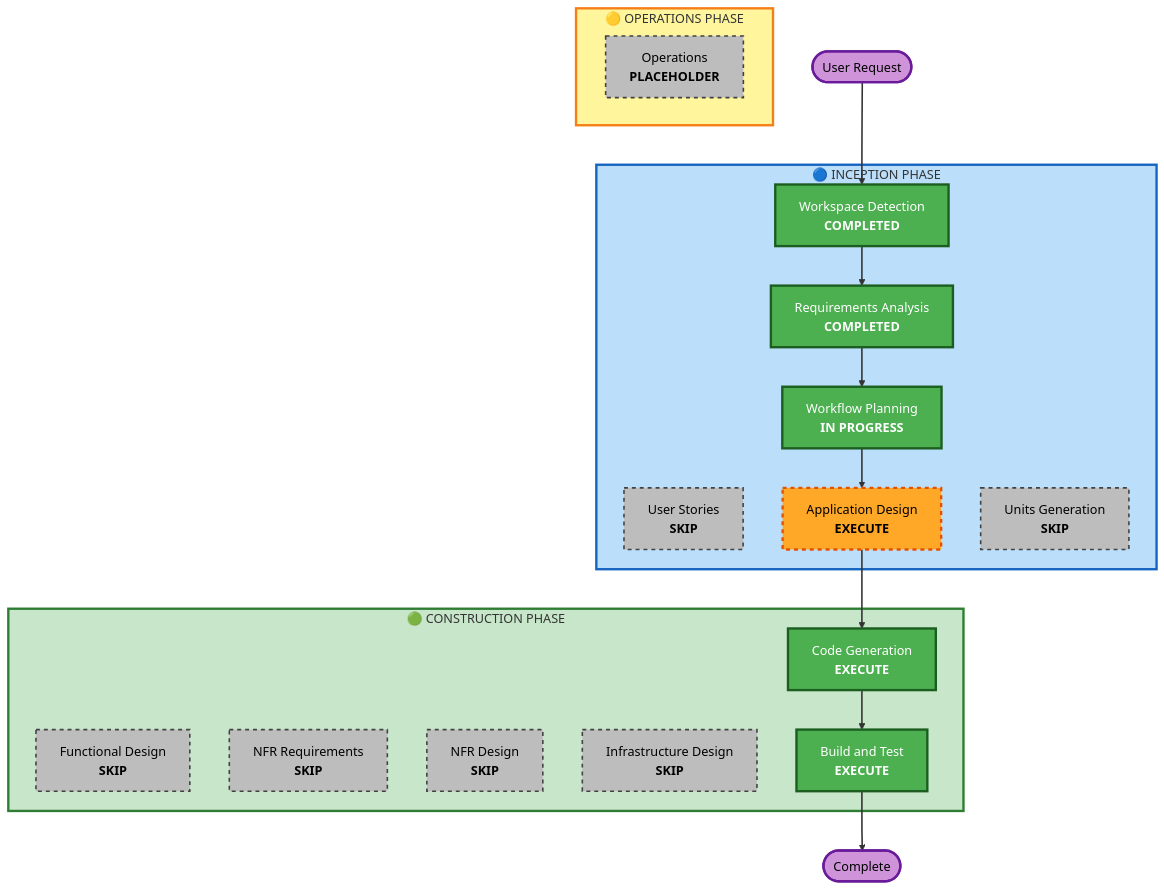
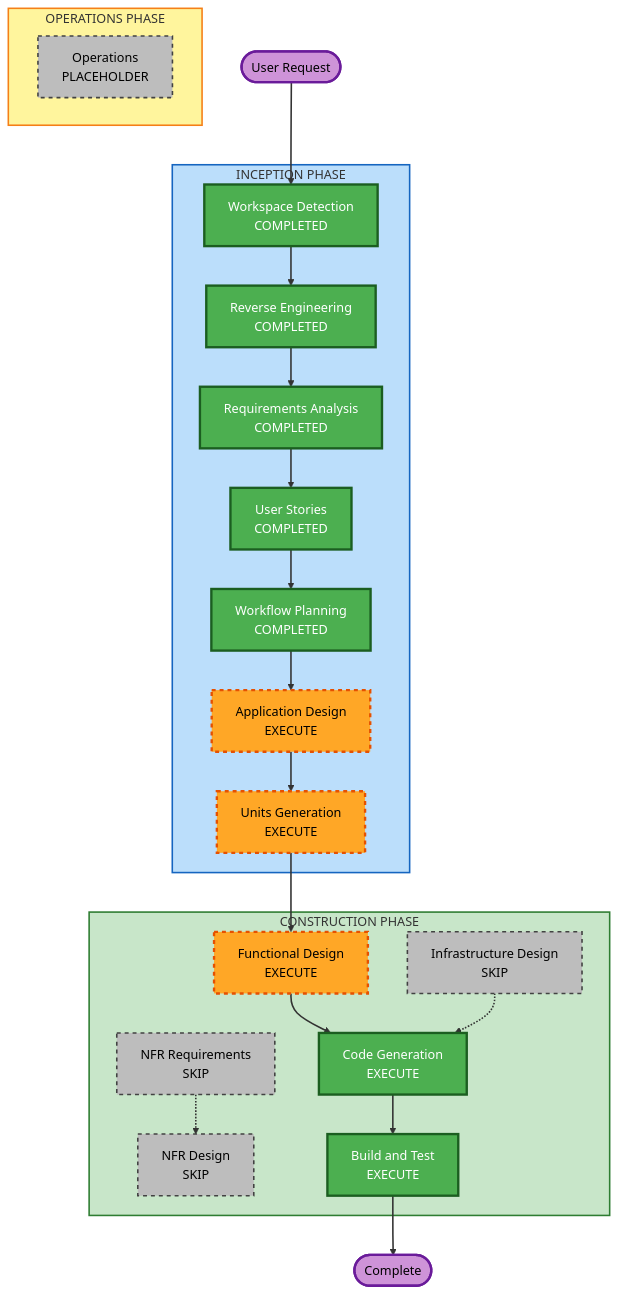
One commit to Janeeffect/aidlc-demo-showcase changed the diagram in aidlc-docs/inception/plans/execution-plan.md. Above: the diagram before and after it, drawn with Mermaid. The commit also changed other lines of this file and 173 other files, not shown here.

````diff
--- a/aidlc-docs/inception/plans/execution-plan.md
+++ b/aidlc-docs/inception/plans/execution-plan.md
@@ -22,55 +47,56 @@
 ```mermaid
 flowchart TD
     Start(["User Request"])
     
-    subgraph INCEPTION["🔵 INCEPTION PHASE"]
-        WD["Workspace Detection<br/><b>COMPLETED</b>"]
-        RA["Requirements Analysis<br/><b>COMPLETED</b>"]
-        US["User Stories<br/><b>SKIP</b>"]
-        WP["Workflow Planning<br/><b>IN PROGRESS</b>"]
-        AD["Application Design<br/><b>EXECUTE</b>"]
-        UG["Units Generation<br/><b>SKIP</b>"]
+    subgraph INCEPTION["INCEPTION PHASE"]
+        WD["Workspace Detection<br/>COMPLETED"]
+        RE["Reverse Engineering<br/>COMPLETED"]
+        RA["Requirements Analysis<br/>COMPLETED"]
+        US["User Stories<br/>COMPLETED"]
+        WP["Workflow Planning<br/>COMPLETED"]
+        AD["Application Design<br/>EXECUTE"]
+        UG["Units Generation<br/>EXECUTE"]
     end
     
-    subgraph CONSTRUCTION["🟢 CONSTRUCTION PHASE"]
-        FD["Functional Design<br/><b>SKIP</b>"]
-        NFRA["NFR Requirements<br/><b>SKIP</b>"]
-        NFRD["NFR Design<br/><b>SKIP</b>"]
-        ID["Infrastructure Design<br/><b>SKIP</b>"]
-        CG["Code Generation<br/><b>EXECUTE</b>"]
-        BT["Build and Test<br/><b>EXECUTE</b>"]
+    subgraph CONSTRUCTION["CONSTRUCTION PHASE"]
+        FD["Functional Design<br/>EXECUTE"]
+        NFRA["NFR Requirements<br/>SKIP"]
+        NFRD["NFR Design<br/>SKIP"]
+        ID["Infrastructure Design<br/>SKIP"]
+        CG["Code Generation<br/>EXECUTE"]
+        BT["Build and Test<br/>EXECUTE"]
     end
     
-    subgraph OPERATIONS["🟡 OPERATIONS PHASE"]
-        OPS["Operations<br/><b>PLACEHOLDER</b>"]
+    subgraph OPERATIONS["OPERATIONS PHASE"]
+        OPS["Operations<br/>PLACEHOLDER"]
     end
     
-    Start --> WD
-    WD --> RA
-    RA --> WP
-    WP --> AD
-    AD --> CG
-    CG --> BT
+    Start --> WD --> RE --> RA --> US --> WP --> AD --> UG
+    UG --> FD --> CG --> BT
     BT --> End(["Complete"])
     
+    NFRA -.-> NFRD
+    ID -.-> CG
+
     style WD fill:#4CAF50,stroke:#1B5E20,stroke-width:3px,color:#fff
+    style RE fill:#4CAF50,stroke:#1B5E20,stroke-width:3px,color:#fff
     style RA fill:#4CAF50,stroke:#1B5E20,stroke-width:3px,color:#fff
+    style US fill:#4CAF50,stroke:#1B5E20,stroke-width:3px,color:#fff
     style WP fill:#4CAF50,stroke:#1B5E20,stroke-width:3px,color:#fff
     style AD fill:#FFA726,stroke:#E65100,stroke-width:3px,stroke-dasharray: 5 5,color:#000
-    style CG fill:#4CAF50,stroke:#1B5E20,stroke-width:3px,color:#fff
-    style BT fill:#4CAF50,stroke:#1B5E20,stroke-width:3px,color:#fff
-    style US fill:#BDBDBD,stroke:#424242,stroke-width:2px,stroke-dasharray: 5 5,color:#000
-    style UG fill:#BDBDBD,stroke:#424242,stroke-width:2px,stroke-dasharray: 5 5,color:#000
-    style FD fill:#BDBDBD,stroke:#424242,stroke-width:2px,stroke-dasharray: 5 5,color:#000
+    style UG fill:#FFA726,stroke:#E65100,stroke-width:3px,stroke-dasharray: 5 5,color:#000
+    style FD fill:#FFA726,stroke:#E65100,stroke-width:3px,stroke-dasharray: 5 5,color:#000
     style NFRA fill:#BDBDBD,stroke:#424242,stroke-width:2px,stroke-dasharray: 5 5,color:#000
     style NFRD fill:#BDBDBD,stroke:#424242,stroke-width:2px,stroke-dasharray: 5 5,color:#000
     style ID fill:#BDBDBD,stroke:#424242,stroke-width:2px,stroke-dasharray: 5 5,color:#000
+    style CG fill:#4CAF50,stroke:#1B5E20,stroke-width:3px,color:#fff
+    style BT fill:#4CAF50,stroke:#1B5E20,stroke-width:3px,color:#fff
     style OPS fill:#BDBDBD,stroke:#424242,stroke-width:2px,stroke-dasharray: 5 5,color:#000
-    style INCEPTION fill:#BBDEFB,stroke:#1565C0,stroke-width:3px
-    style CONSTRUCTION fill:#C8E6C9,stroke:#2E7D32,stroke-width:3px
-    style OPERATIONS fill:#FFF59D,stroke:#F57F17,stroke-width:3px
     style Start fill:#CE93D8,stroke:#6A1B9A,stroke-width:3px,color:#000
     style End fill:#CE93D8,stroke:#6A1B9A,stroke-width:3px,color:#000
-    
+    style INCEPTION fill:#BBDEFB,stroke:#1565C0,stroke-width:2px
+    style CONSTRUCTION fill:#C8E6C9,stroke:#2E7D32,stroke-width:2px
+    style OPERATIONS fill:#FFF59D,stroke:#F57F17,stroke-width:2px
+
     linkStyle default stroke:#333,stroke-width:2px
 ```
````
